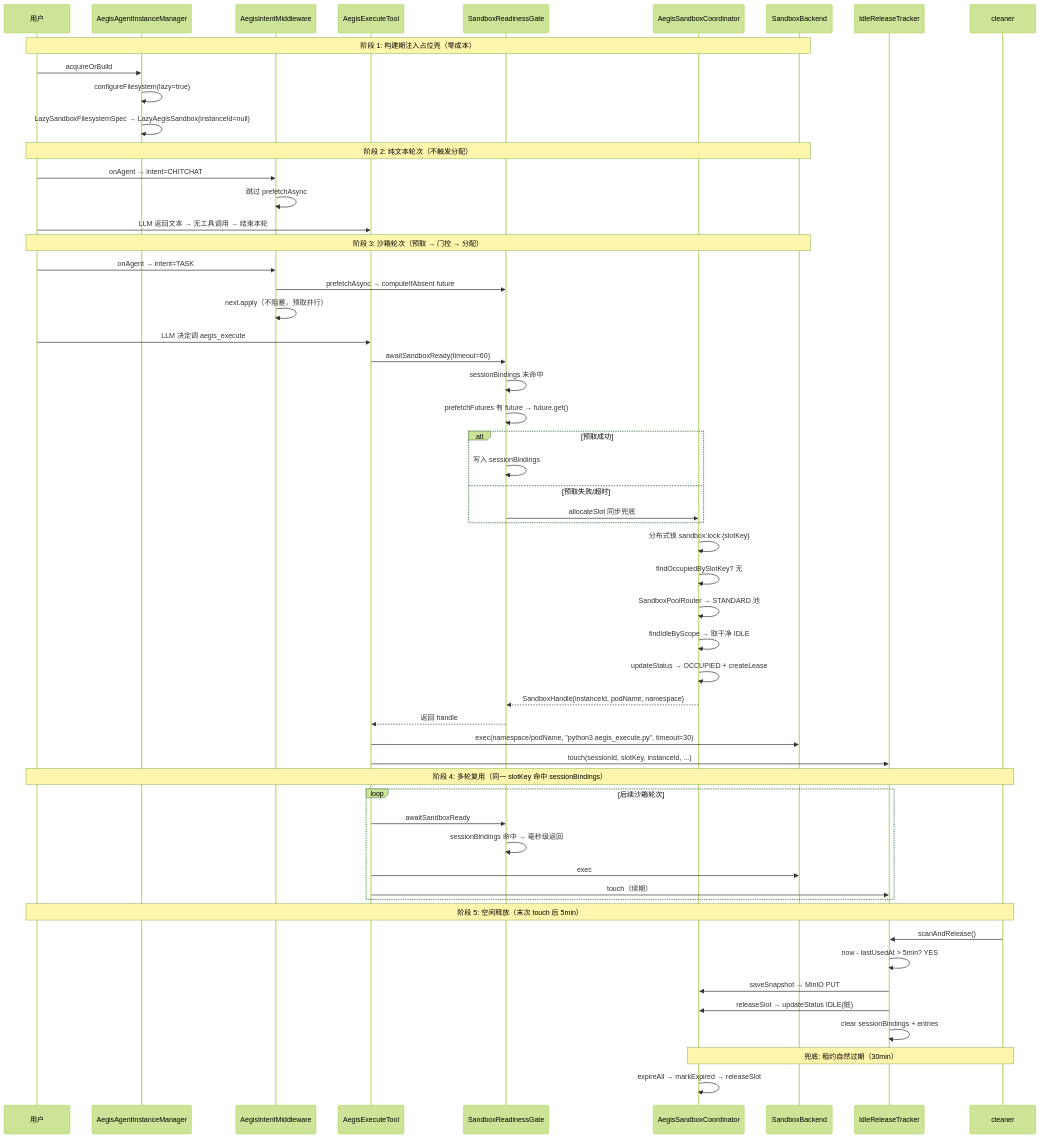
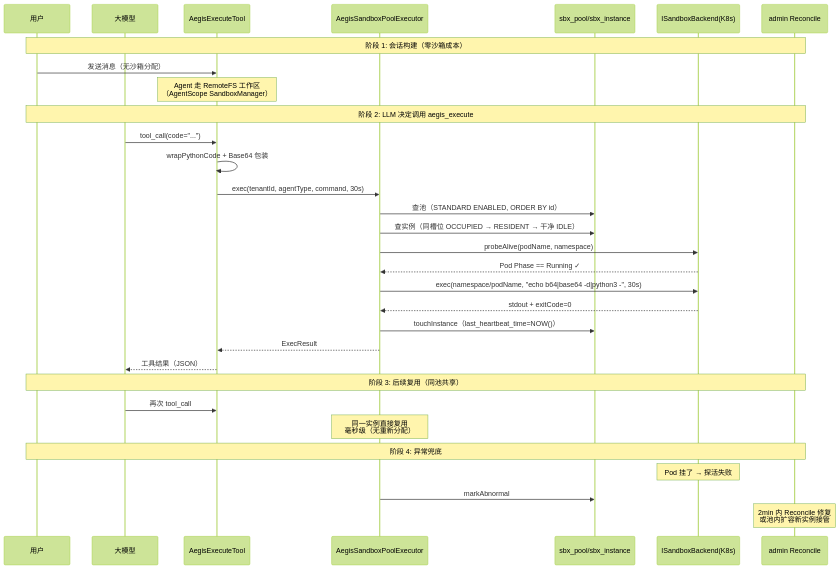
The fifth of 5 diagrams in docs/sandbox-allocation-and-recycling.md (HarnessAgentStack/AegisAgent), drawn with Mermaid (forest theme) before and after one commit. The commit also changed other lines of this file and 5 other files, not shown here.

````diff
--- a/docs/sandbox-allocation-and-recycling.md
+++ b/docs/sandbox-allocation-and-recycling.md
@@ -428,63 +283,38 @@
 ```mermaid
 sequenceDiagram
     participant U as 用户
-    participant AIM as AegisAgentInstanceManager
-    participant IM as AegisIntentMiddleware
+    participant LLM as 大模型
     participant ET as AegisExecuteTool
-    participant RG as SandboxReadinessGate
-    participant CO as AegisSandboxCoordinator
-    participant SB as SandboxBackend
-    participant IR as IdleReleaseTracker
-    participant CL as cleaner
+    participant PE as AegisSandboxPoolExecutor
+    participant DB as sbx_pool/sbx_instance
+    participant SB as ISandboxBackend(K8s)
+    participant RC as admin Reconcile
 
-    Note over U,SB: 阶段 1: 构建期注入占位壳（零成本）
-    U->>AIM: acquireOrBuild
-    AIM->>AIM: configureFilesystem(lazy=true)
-    AIM->>AIM: LazySandboxFilesystemSpec → LazyAegisSandbox(instanceId=null)
+    Note over U,RC: 阶段 1: 会话构建（零沙箱成本）
+    U->>ET: 发送消息（无沙箱分配）
+    Note over ET: Agent 走 RemoteFS 工作区<br/>（AgentScope SandboxManager）
 
-    Note over U,SB: 阶段 2: 纯文本轮次（不触发分配）
-    U->>IM: onAgent → intent=CHITCHAT
-    IM->>IM: 跳过 prefetchAsync
-    U->>ET: LLM 返回文本 → 无工具调用 → 结束本轮
+    Note over U,RC: 阶段 2: LLM 决定调用 aegis_execute
+    LLM->>ET: tool_call(code="...")
+    ET->>ET: wrapPythonCode + Base64 包装
+    ET->>PE: exec(tenantId, agentType, command, 30s)
 
-    Note over U,SB: 阶段 3: 沙箱轮次（预取 → 门控 → 分配）
-    U->>IM: onAgent → intent=TASK
-    IM->>RG: prefetchAsync → computeIfAbsent future
-    IM->>IM: next.apply（不阻塞，预取并行）
-    U->>ET: LLM 决定调 aegis_execute
-    ET->>RG: awaitSandboxReady(timeout=60)
-    RG->>RG: sessionBindings 未命中
-    RG->>RG: prefetchFutures 有 future → future.get()
-    alt 预取成功
-        RG->>RG: 写入 sessionBindings
-    else 预取失败/超时
-        RG->>CO: allocateSlot 同步兜底
-    end
-    CO->>CO: 分布式锁 sandbox:lock:{slotKey}
-    CO->>CO: findOccupiedBySlotKey? 无
-    CO->>CO: SandboxPoolRouter → STANDARD 池
-    CO->>CO: findIdleByScope → 取干净 IDLE
-    CO->>CO: updateStatus → OCCUPIED + createLease
-    CO-->>RG: SandboxHandle{instanceId, podName, namespace}
-    RG-->>ET: 返回 handle
-    ET->>SB: exec(namespace/podName, "python3 aegis_execute.py", timeout=30)
-    ET->>IR: touch(sessionId, slotKey, instanceId, ...)
+    PE->>DB: 查池（STANDARD ENABLED, ORDER BY id）
+    PE->>DB: 查实例（同槽位 OCCUPIED → RESIDENT → 干净 IDLE）
+    PE->>SB: probeAlive(podName, namespace)
+    SB-->>PE: Pod Phase == Running ✓
+    PE->>SB: exec(namespace/podName, "echo b64|base64 -d|python3 -", 30s)
+    SB-->>PE: stdout + exitCode=0
+    PE->>DB: touchInstance（last_heartbeat_time=NOW()）
+    PE-->>ET: ExecResult
+    ET-->>LLM: 工具结果（JSON）
 
-    Note over U,CL: 阶段 4: 多轮复用（同一 slotKey 命中 sessionBindings）
-    loop 后续沙箱轮次
-        ET->>RG: awaitSandboxReady
-        RG->>RG: sessionBindings 命中 → 毫秒级返回
-        ET->>SB: exec
-        ET->>IR: touch（续期）
-    end
+    Note over U,RC: 阶段 3: 后续复用（同池共享）
+    LLM->>ET: 再次 tool_call
+    Note over PE: 同一实例直接复用<br/>毫秒级（无重新分配）
 
-    Note over U,CL: 阶段 5: 空闲释放（末次 touch 后 5min）
-    CL->>IR: scanAndRelease()
-    IR->>IR: now - lastUsedAt > 5min? YES
-    IR->>CO: saveSnapshot → MinIO PUT
-    IR->>CO: releaseSlot → updateStatus IDLE(脏)
-    IR->>IR: clear sessionBindings + entries
-
-    Note over CO,CL: 兜底: 租约自然过期（30min）
-    CO->>CO: expireAll → markExpired → releaseSlot
+    Note over U,RC: 阶段 4: 异常兜底
+    Note over SB: Pod 挂了 → 探活失败
+    PE->>DB: markAbnormal
+    Note over RC: 2min 内 Reconcile 修复<br/>或池内扩容新实例接管
 ```
````
